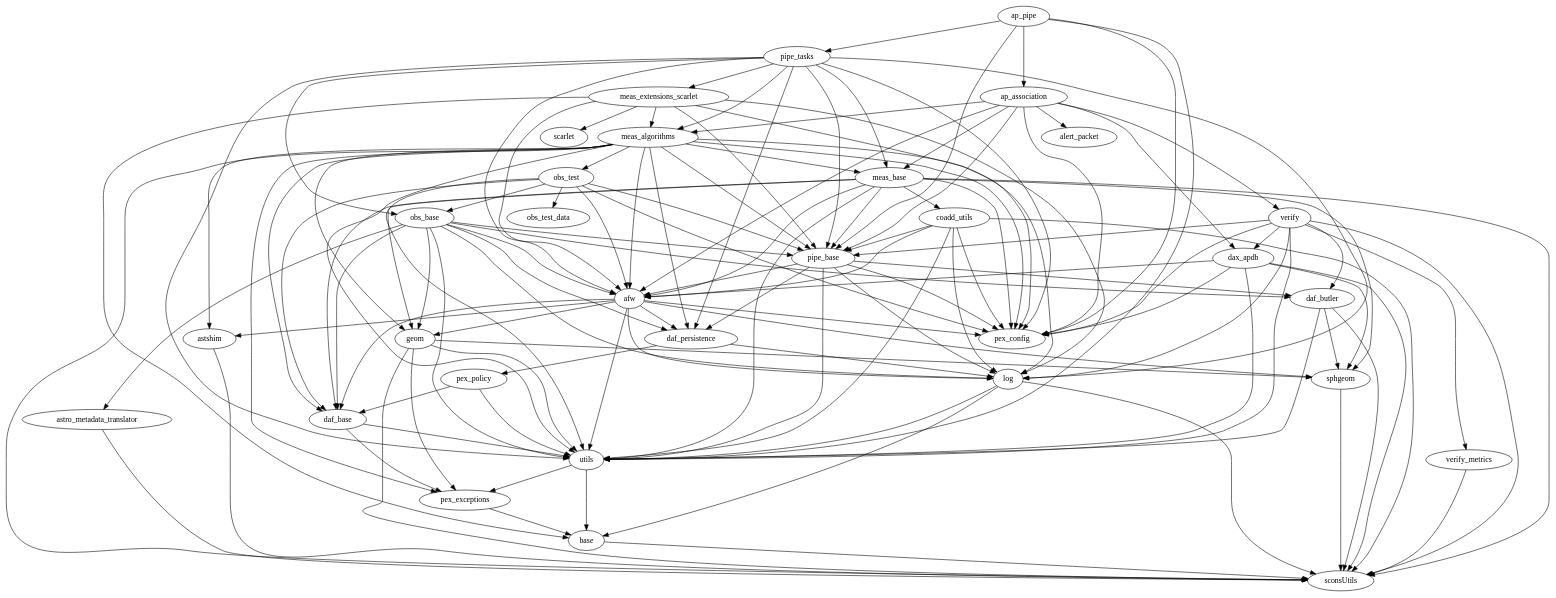
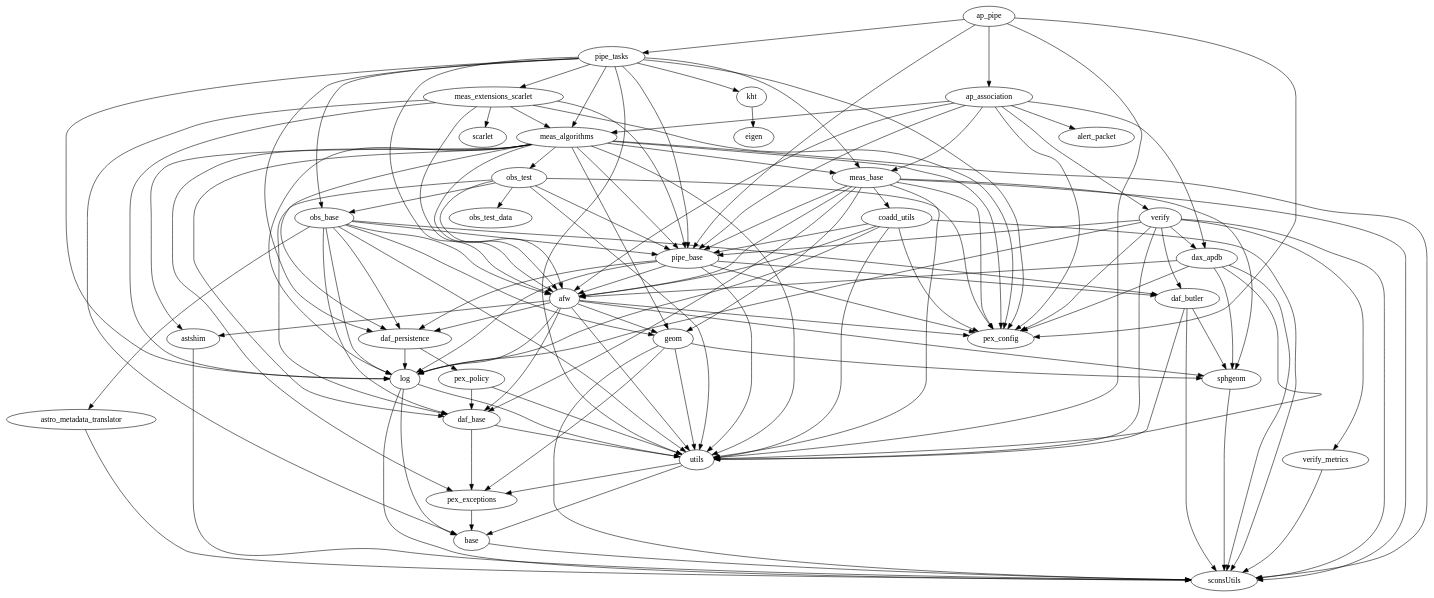
One commit to lsst-dm/dmtn-104 changed the diagram in dot/ap_pipe.dot. Above: the diagram before and after it, drawn with Graphviz. The commit also changed 12 other files, not shown here.

```diff
--- a/dot/ap_pipe.dot
+++ b/dot/ap_pipe.dot
@@ -205,6 +205,10 @@
 	pipe_base
 	meas_extensions_scarlet -> meas_algorithms
 	meas_algorithms
+	pipe_tasks -> kht
+	kht
+	kht -> eigen
+	eigen
 	ap_pipe -> ap_association
 	ap_association
 	ap_association -> afw
```
